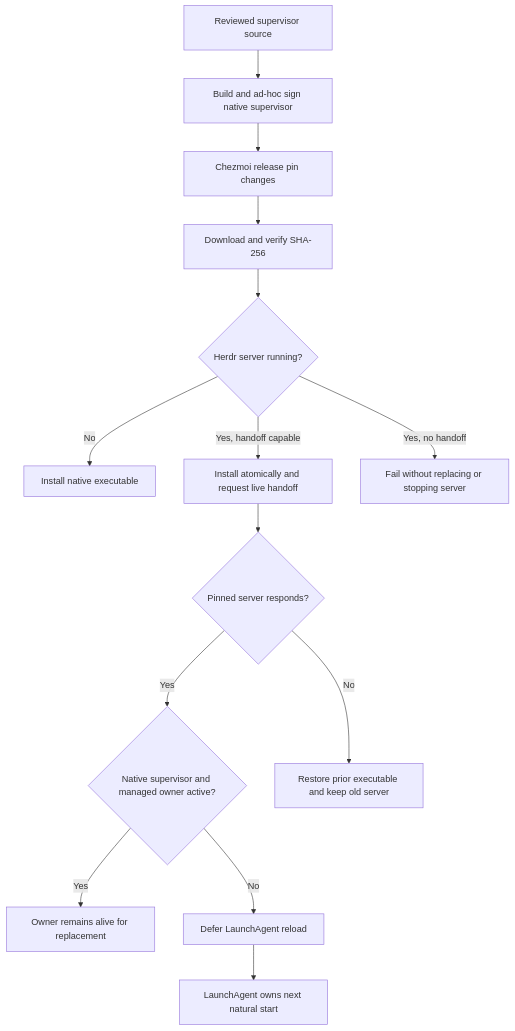
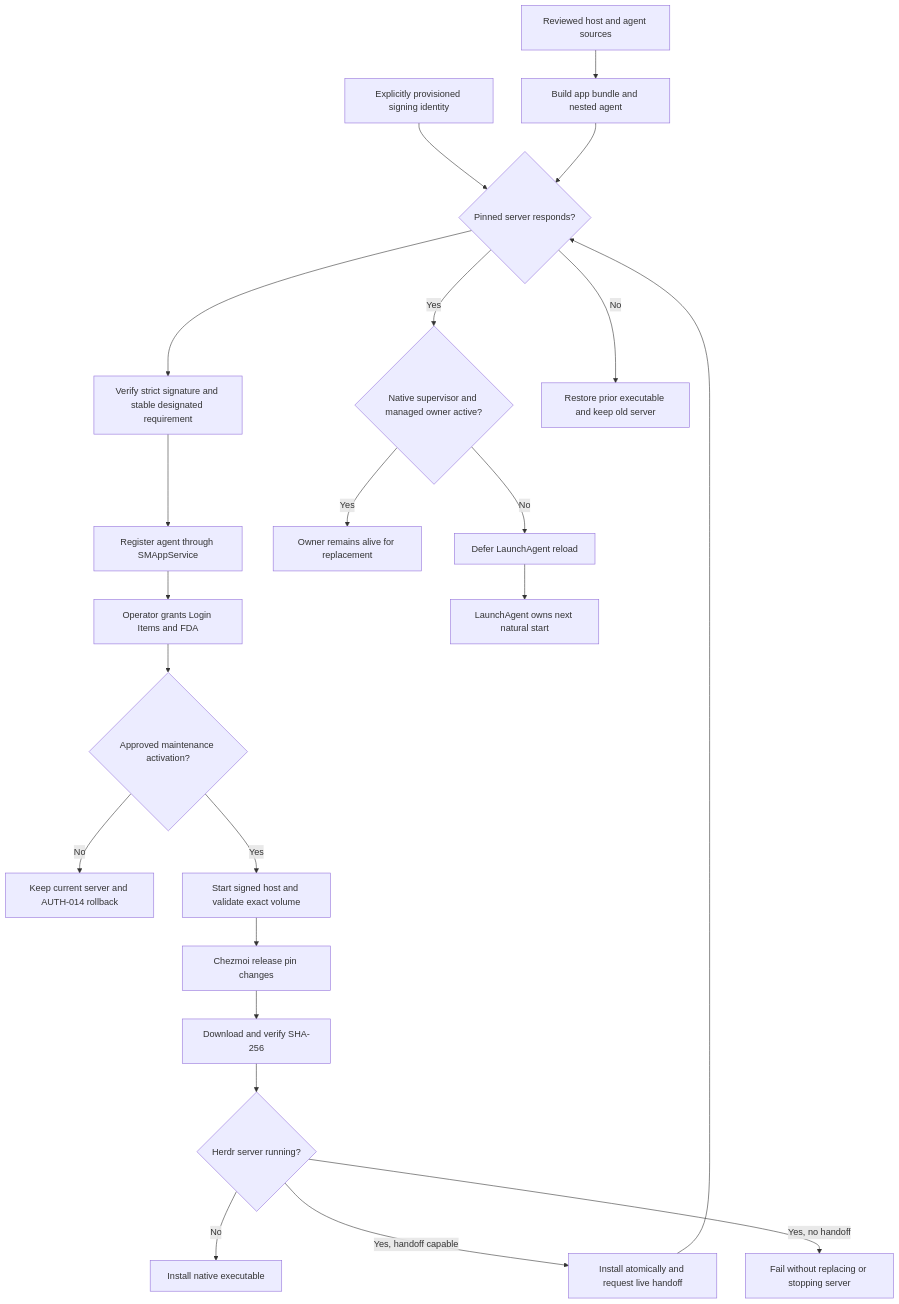
Before and after one commit to Saltiola7/dotfiles-ai: the second of 4 diagrams in docs/specs/shell_auth_startup/README.md, drawn with Mermaid. The commit also changed other lines of this file and 3 other files, not shown here.

Commit message:
[contract] define durable Herdr host

````diff
--- a/docs/specs/shell_auth_startup/README.md
+++ b/docs/specs/shell_auth_startup/README.md
@@ -128,18 +146,26 @@
 ```mermaid
 flowchart TD
-    accTitle: Chezmoi-managed native Herdr upgrade
-    accDescr: Chezmoi verifies the pinned native Herdr release and builds a native responsibility supervisor. Launchd starts the supervisor, which starts the state guard and handoff-aware owner. Compatible upgrades use live handoff while the supervisor remains alive; failed handoff restores the prior executable and leaves the old server running.
-    C[Reviewed supervisor source] --> N[Build and ad-hoc sign native supervisor]
-    N --> A
+    accTitle: Chezmoi-managed Herdr host installation and native Herdr upgrade
+    accDescr: An explicitly provisioned signing identity signs the Herdr Host app and its nested agent. The app registers that agent through SMAppService and the operator grants Login Items and Full Disk Access before activation. Chezmoi also verifies the pinned native Herdr release. Compatible upgrades use live handoff; failed activation or handoff preserves the prior supervisor and running server.
+    C[Reviewed host and agent sources] --> N[Build app bundle and nested agent]
+    P[Explicitly provisioned signing identity] --> S[Sign nested code then app bundle]
+    N --> S
+    S --> Q[Verify strict signature and stable designated requirement]
+    Q --> G[Register agent through SMAppService]
+    G --> U[Operator grants Login Items and FDA]
+    U --> X{Approved maintenance activation?}
+    X -->|No| W[Keep current server and AUTH-014 rollback]
+    X -->|Yes| E[Start signed host and validate exact volume]
+    E --> A
     A[Chezmoi release pin changes] --> V[Download and verify SHA-256]
     V --> R{Herdr server running?}
     R -->|No| I[Install native executable]
     R -->|Yes, handoff capable| H[Install atomically and request live handoff]
     R -->|Yes, no handoff| F[Fail without replacing or stopping server]
     H --> S{Pinned server responds?}
     S -->|Yes| O{Native supervisor and managed owner active?}
     S -->|No| B[Restore prior executable and keep old server]
     O -->|Yes| K[Owner remains alive for replacement]
     O -->|No| D[Defer LaunchAgent reload]
     D --> L[LaunchAgent owns next natural start]
 ```
````
